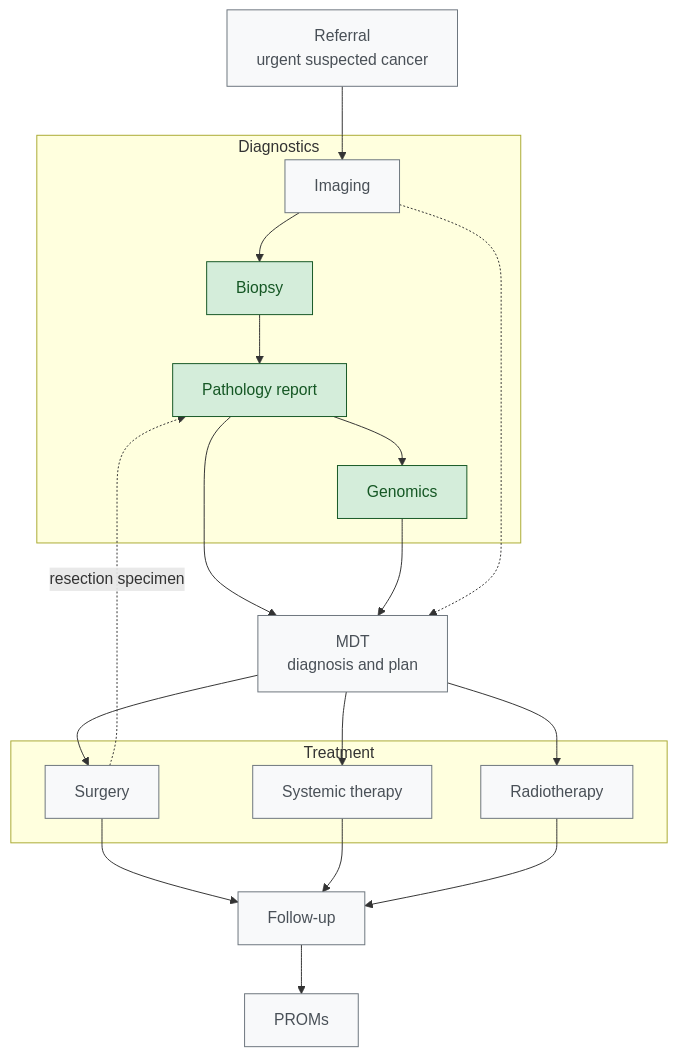
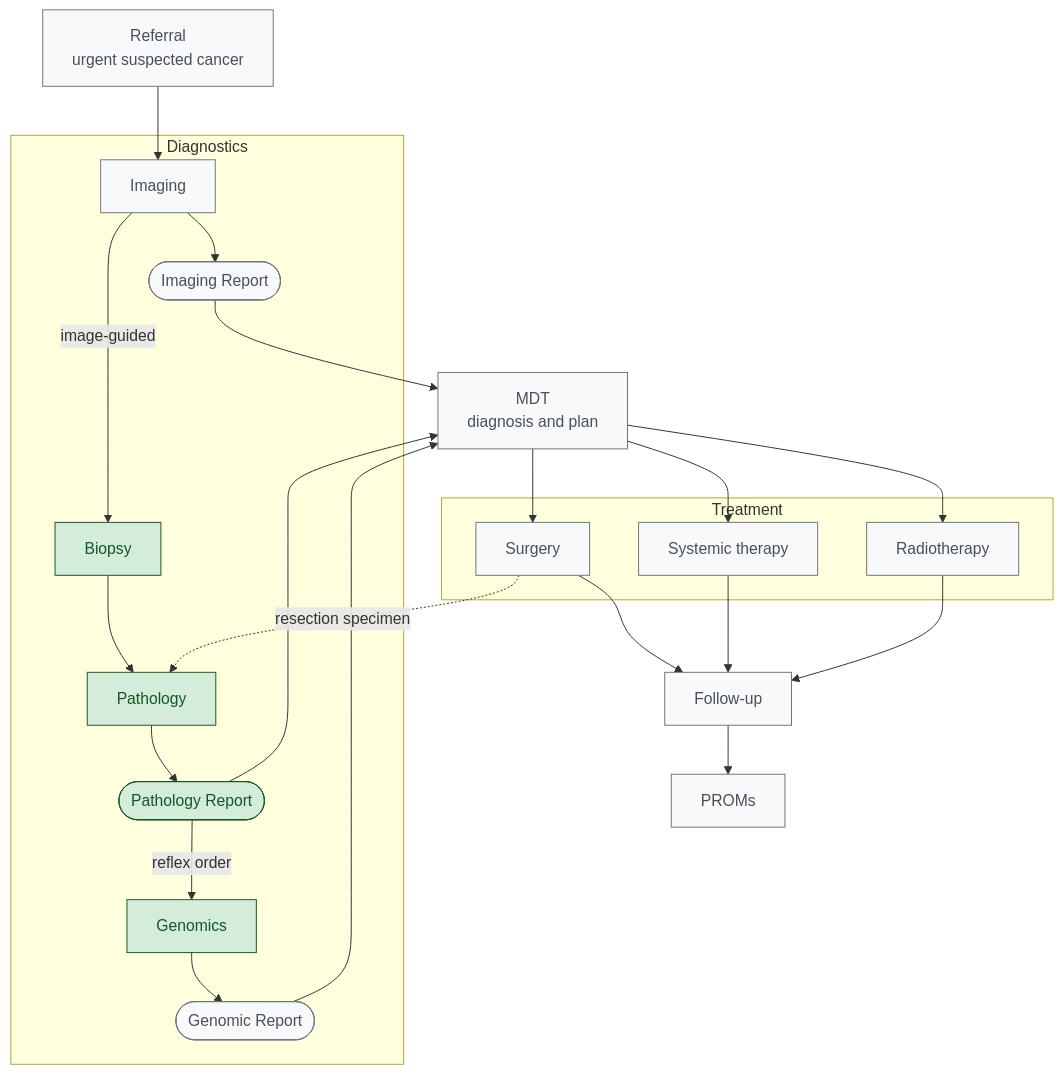
The diagram in input/pagecontent/CancerPathway.md (nw-gmsa/CancerPathologyReport), drawn with Mermaid before and after one commit. The commit also changed other lines of this file, not shown here.

First line of the commit message:
Cancer Pathway: show Imaging, Pathology and Genomic Reports in diagram

````diff
--- a/input/pagecontent/CancerPathway.md
+++ b/input/pagecontent/CancerPathway.md
@@ -19,35 +19,41 @@
 ```mermaid
 flowchart TB
     A["Referral<br/>urgent suspected cancer"]
 
     subgraph DIAG["Diagnostics"]
         B["Imaging"]
         C["Biopsy"]
-        D["Pathology report"]
+        D["Pathology"]
         E["Genomics"]
+        BR(["Imaging Report"])
+        DR(["Pathology Report"])
+        ER(["Genomic Report"])
     end
 
     F["MDT<br/>diagnosis and plan"]
 
     subgraph TX["Treatment"]
         G["Surgery"]
         H["Systemic therapy"]
         I["Radiotherapy"]
     end
 
     J["Follow-up"]
     K["PROMs"]
 
-    A --> B --> C --> D --> E
-    D --> F
-    E --> F
-    B -.-> F
+    A --> B
+    B --> BR
+    B -->|"image-guided"| C
+    C --> D --> DR
+    DR -->|"reflex order"| E
+    E --> ER
+    BR & DR & ER --> F
     F --> G & H & I
     G -.->|"resection specimen"| D
     G & H & I --> J --> K
 
     classDef inscope fill:#d4edda,stroke:#155724,color:#155724
     classDef context fill:#f8f9fa,stroke:#6c757d,color:#495057
-    class C,D,E inscope
-    class A,B,F,G,H,I,J,K context
+    class C,D,DR,E inscope
+    class A,B,BR,ER,F,G,H,I,J,K context
 ```
````
